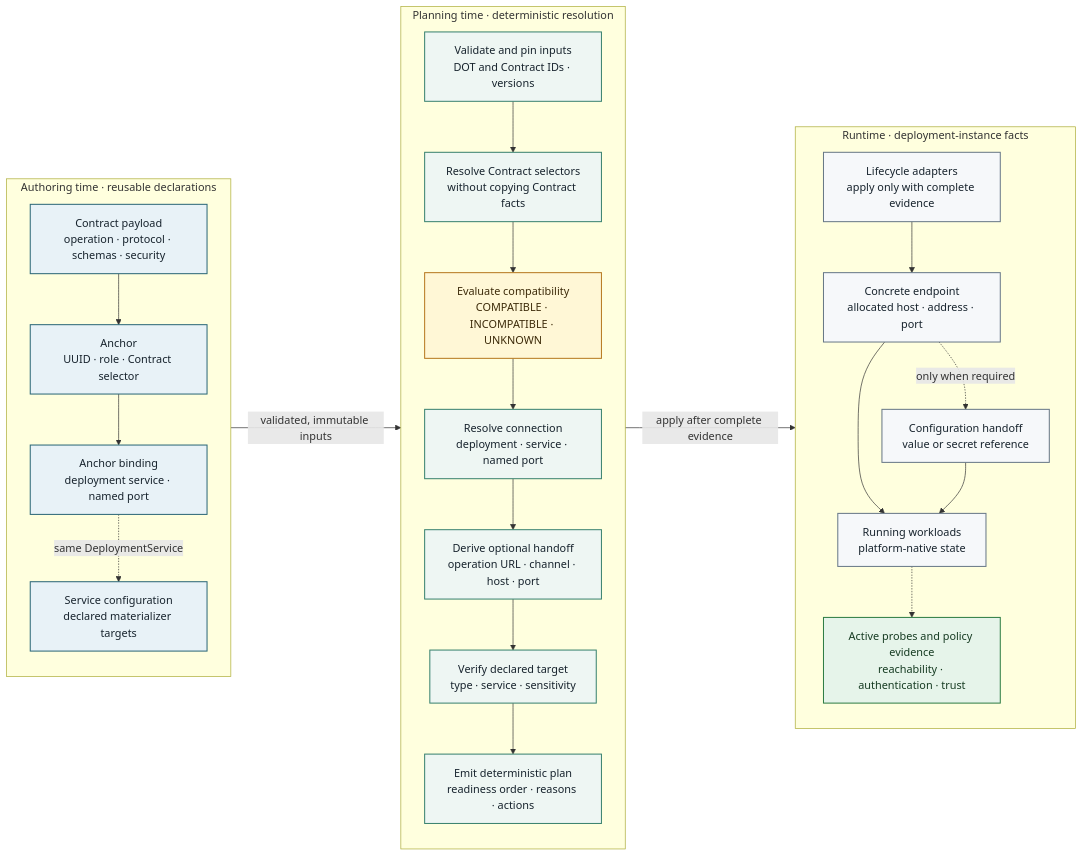
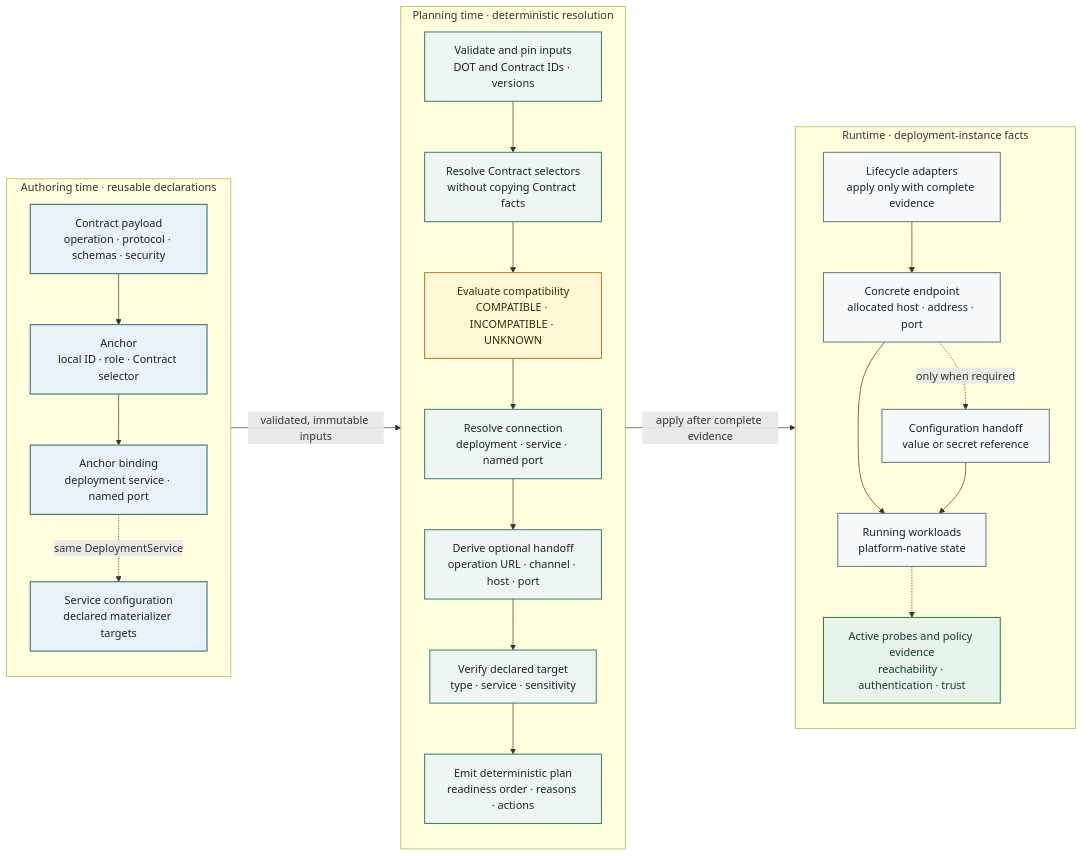
One commit to MARE-EU-Project/DOT-Docs changed the diagram in DOT-Design/next/dot-design/_attachments/diagrams/composition-resolution-stages.mmd. Above: the diagram before and after it, drawn with Mermaid. The commit also changed 28 other files, not shown here.

```diff
--- a/DOT-Design/next/dot-design/_attachments/diagrams/composition-resolution-stages.mmd
+++ b/DOT-Design/next/dot-design/_attachments/diagrams/composition-resolution-stages.mmd
@@ -1,55 +1,55 @@
 flowchart LR
   accTitle: Authoring, planning, and runtime resolution stages
   accDescr: Independently authored Contracts, Anchors, bindings, and configuration declarations are pinned and resolved into a deterministic plan before lifecycle adapters create endpoints, materialize configuration, and collect runtime evidence.
 
   subgraph Authoring["Authoring time · reusable declarations"]
     direction TB
     Contract["Contract payload<br/>operation · protocol · schemas · security"]
-    Anchor["Anchor<br/>UUID · role · Contract selector"]
+    Anchor["Anchor<br/>local ID · role · Contract selector"]
     Binding["Anchor binding<br/>deployment service · named port"]
     Config["Service configuration<br/>declared materializer targets"]
     Contract --> Anchor
     Anchor --> Binding
     Binding -.->|same DeploymentService| Config
   end
 
   subgraph Planning["Planning time · deterministic resolution"]
     direction TB
     Inputs["Validate and pin inputs<br/>DOT and Contract IDs · versions"]
     Selectors["Resolve Contract selectors<br/>without copying Contract facts"]
     Compatibility["Evaluate compatibility<br/>COMPATIBLE · INCOMPATIBLE · UNKNOWN"]
     Connection["Resolve connection<br/>deployment · service · named port"]
     Handoff["Derive optional handoff<br/>operation URL · channel · host · port"]
     Target["Verify declared target<br/>type · service · sensitivity"]
     Plan["Emit deterministic plan<br/>readiness order · reasons · actions"]
     Inputs --> Selectors --> Compatibility --> Connection
     Connection --> Handoff --> Target --> Plan
   end
 
   subgraph Runtime["Runtime · deployment-instance facts"]
     direction TB
     Apply["Lifecycle adapters<br/>apply only with complete evidence"]
     Endpoint["Concrete endpoint<br/>allocated host · address · port"]
     Inject["Configuration handoff<br/>value or secret reference"]
     Workload["Running workloads<br/>platform-native state"]
     Probe["Active probes and policy evidence<br/>reachability · authentication · trust"]
     Apply --> Endpoint
     Endpoint -.->|only when required| Inject
     Endpoint --> Workload
     Inject --> Workload
     Workload -.-> Probe
   end
 
   Authoring -->|validated, immutable inputs| Planning
   Planning -->|apply after complete evidence| Runtime
 
   classDef authored fill:#e8f2f7,stroke:#2b6777,color:#17232d,stroke-width:1.5px;
   classDef process fill:#eef6f3,stroke:#39826f,color:#17232d,stroke-width:1.5px;
   classDef decision fill:#fff7d6,stroke:#b7791f,color:#3d2b0a,stroke-width:1.5px;
   classDef runtime fill:#f6f8fa,stroke:#687887,color:#17232d,stroke-width:1.5px;
   classDef evidence fill:#e6f4ea,stroke:#2f7d45,color:#173c23,stroke-width:1.5px;
   class Contract,Anchor,Binding,Config authored;
   class Inputs,Selectors,Connection,Handoff,Target,Plan process;
   class Compatibility decision;
   class Apply,Endpoint,Inject,Workload runtime;
   class Probe evidence;
```
